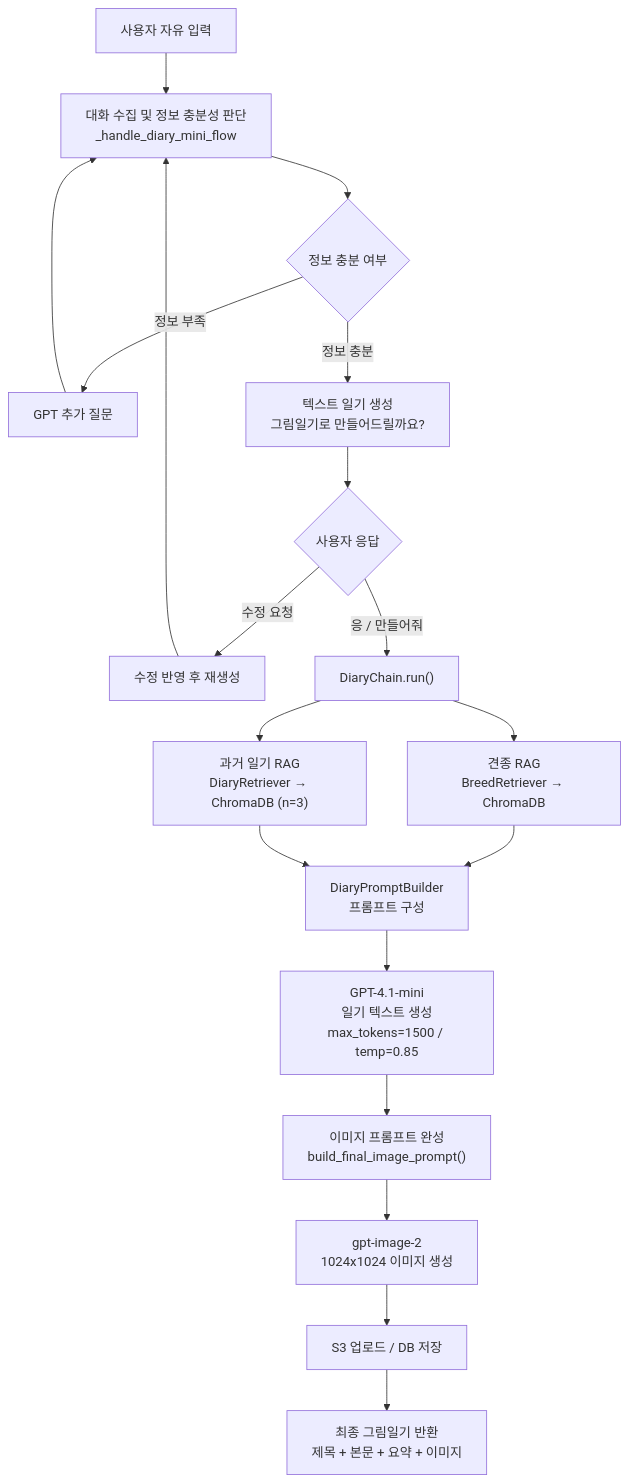
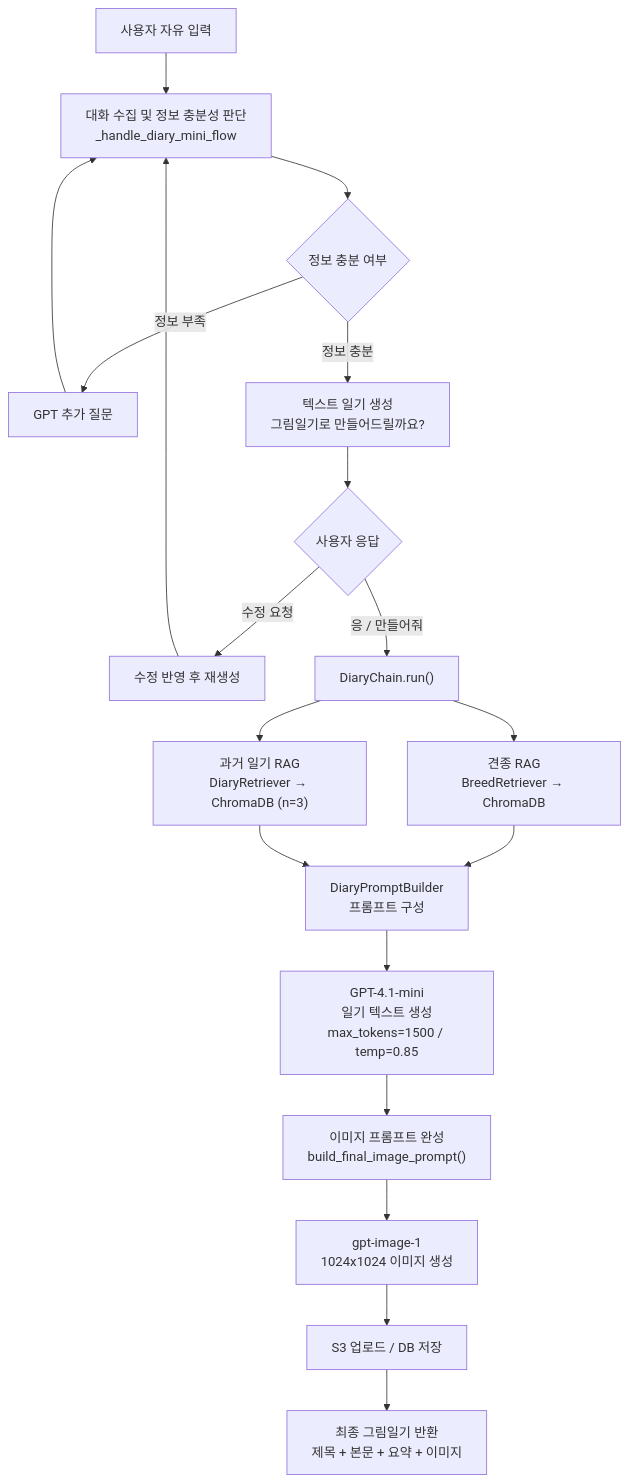
Before and after one commit to SKNETWORKS-FAMILY-AICAMP/SKN23-FINAL-3Team: the first of 2 diagrams in README.md, drawn with Mermaid. The commit also changed other lines of this file and 16 other files, not shown here.

````diff
--- a/README.md
+++ b/README.md
@@ -597,31 +597,31 @@
 ```mermaid
 flowchart TD
     A["사용자 자유 입력"] --> B["대화 수집 및 정보 충분성 판단<br>_handle_diary_mini_flow"]
 
     B --> C{"정보 충분 여부"}
 
     C -->|정보 부족| D["GPT 추가 질문"]
     D --> B
 
     C -->|정보 충분| E["텍스트 일기 생성<br>그림일기로 만들어드릴까요?"]
 
     E --> F{"사용자 응답"}
 
     F -->|수정 요청| G["수정 반영 후 재생성"]
     G --> B
 
     F -->|응 / 만들어줘| H["DiaryChain.run()"]
 
     H --> I["견종 RAG<br>BreedRetriever → ChromaDB"]
     H --> J["과거 일기 RAG<br>DiaryRetriever → ChromaDB (n=3)"]
 
     I --> K["DiaryPromptBuilder<br>프롬프트 구성"]
     J --> K
 
     K --> L["GPT-4.1-mini<br>일기 텍스트 생성<br>max_tokens=1500 / temp=0.85"]
 
     L --> M["이미지 프롬프트 완성<br>build_final_image_prompt()"]
-    M --> N["gpt-image-2<br>1024x1024 이미지 생성"]
+    M --> N["gpt-image-1<br>1024x1024 이미지 생성"]
     N --> O["S3 업로드 / DB 저장"]
     O --> P["최종 그림일기 반환<br>제목 + 본문 + 요약 + 이미지"]
 ```
````
